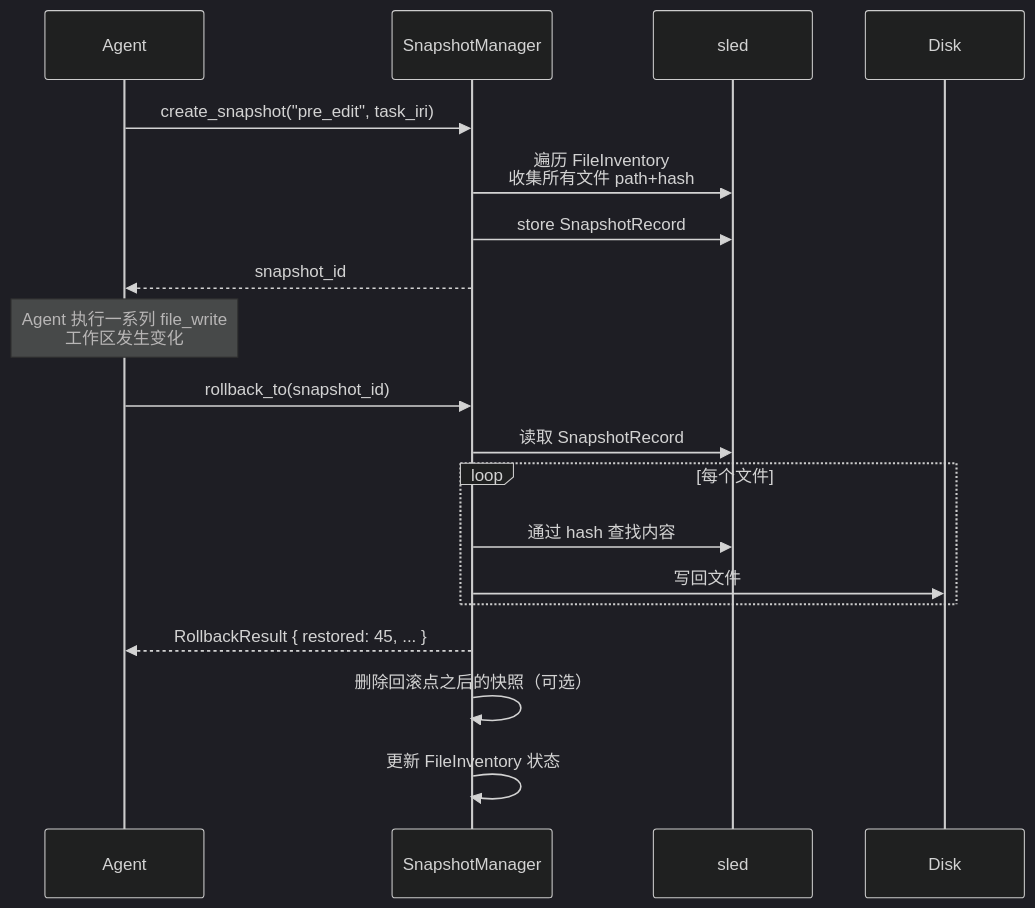
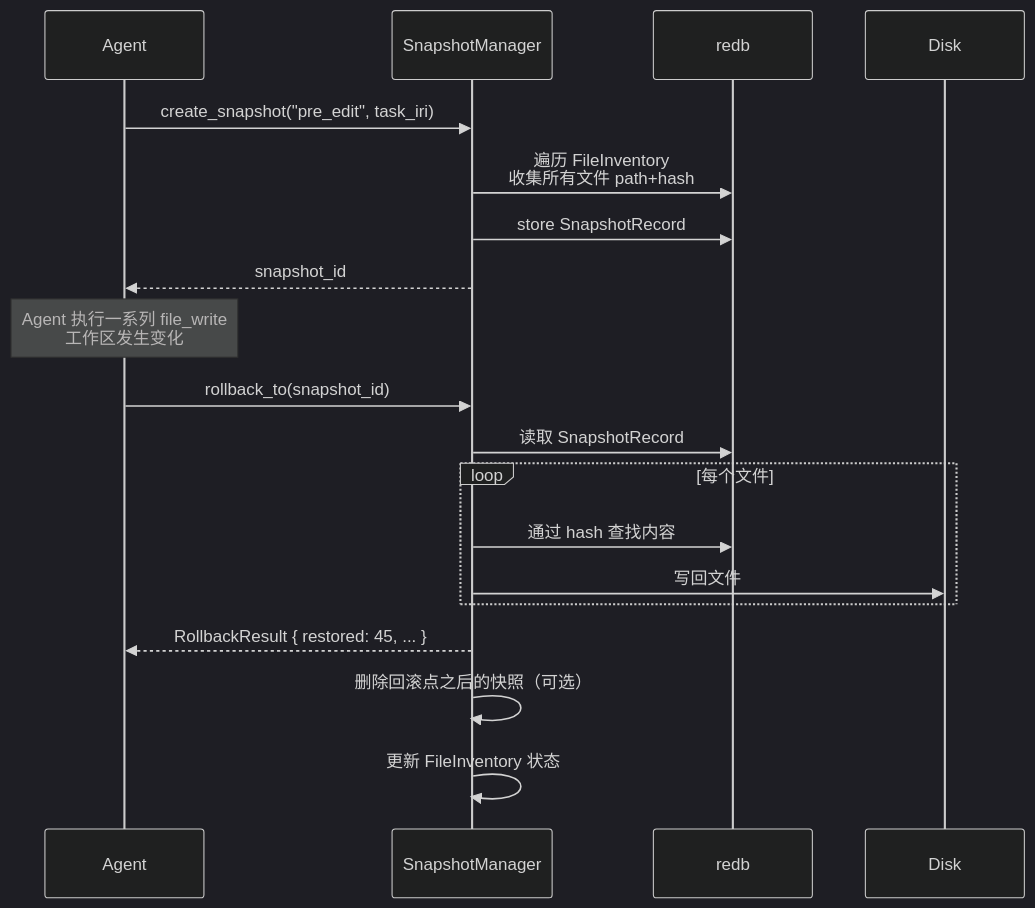
The second of 4 diagrams in docs/12_workspace-filesystem-monitor.md (skaiy/Wild_AgentOS), drawn with Mermaid (dark theme) before and after one commit. The commit also changed other lines of this file and 8 other files, not shown here.

````diff
--- a/docs/12_workspace-filesystem-monitor.md
+++ b/docs/12_workspace-filesystem-monitor.md
@@ -224,25 +224,25 @@
 ```mermaid
 sequenceDiagram
     participant Agent
     participant SM as SnapshotManager
-    participant sled
+    participant redb
     participant Disk
 
     Agent->>SM: create_snapshot("pre_edit", task_iri)
-    SM->>sled: 遍历 FileInventory<br/>收集所有文件 path+hash
-    SM->>sled: store SnapshotRecord
+    SM->>redb: 遍历 FileInventory<br/>收集所有文件 path+hash
+    SM->>redb: store SnapshotRecord
     SM-->>Agent: snapshot_id
 
     Note over Agent: Agent 执行一系列 file_write<br/>工作区发生变化
 
     Agent->>SM: rollback_to(snapshot_id)
-    SM->>sled: 读取 SnapshotRecord
+    SM->>redb: 读取 SnapshotRecord
     loop 每个文件
-        SM->>sled: 通过 hash 查找内容
+        SM->>redb: 通过 hash 查找内容
         SM->>Disk: 写回文件
     end
     SM-->>Agent: RollbackResult { restored: 45, ... }
 
     SM->>SM: 删除回滚点之后的快照（可选）
     SM->>SM: 更新 FileInventory 状态
 ```
````
